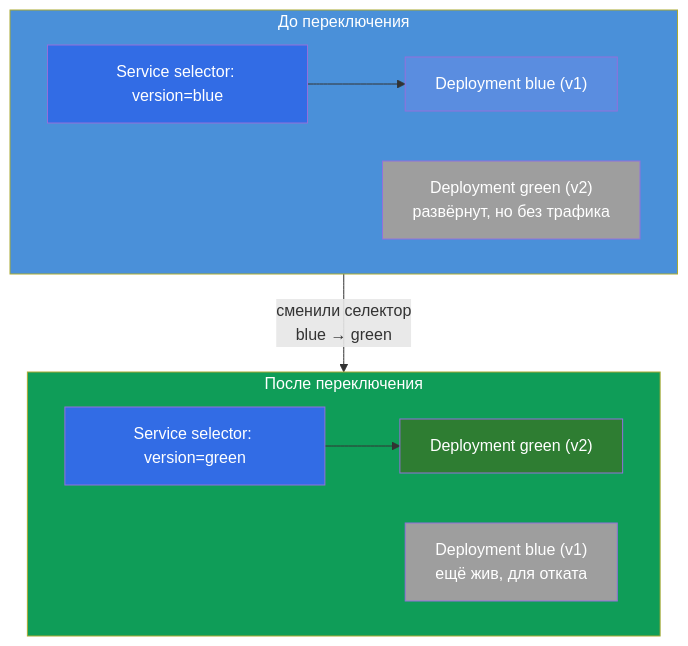
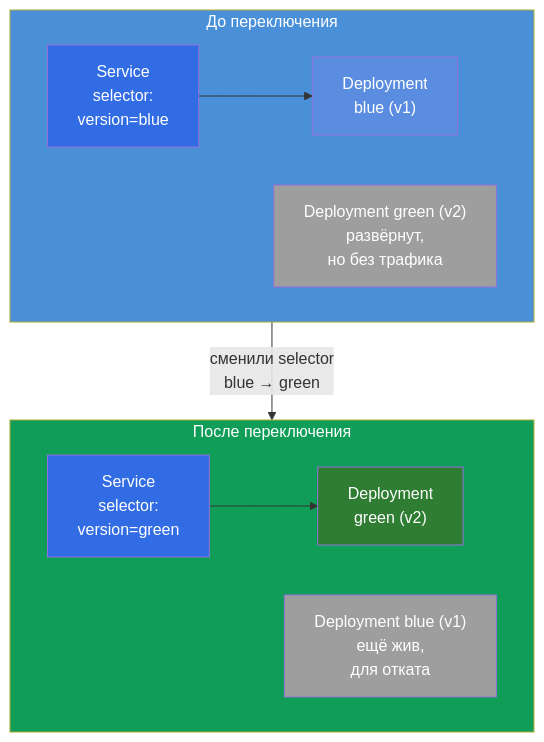
The fifth of 6 diagrams in tasks/cka/course/09/ru.md (ViktorUJ/cks), drawn with Mermaid before and after one commit. The commit also changed other lines of this file and 1 other file, not shown here.

````diff
--- a/tasks/cka/course/09/ru.md
+++ b/tasks/cka/course/09/ru.md
@@ -126,24 +126,24 @@
 ```mermaid
 flowchart TB
     subgraph Before["До переключения"]
-        svcB["Service selector: version=blue"]
-        blueB["Deployment blue (v1)"]
-        greenB["Deployment green (v2)<br>развёрнут, но без трафика"]
+        svcB["Service<br>selector:<br>version=blue"]
+        blueB["Deployment<br>blue (v1)"]
+        greenB["Deployment green (v2)<br>развёрнут,<br>но без трафика"]
         svcB --> blueB
     end
     subgraph After["После переключения"]
-        svcA["Service selector: version=green"]
-        blueA["Deployment blue (v1)<br>ещё жив, для отката"]
-        greenA["Deployment green (v2)"]
+        svcA["Service<br>selector:<br>version=green"]
+        blueA["Deployment blue (v1)<br>ещё жив,<br>для отката"]
+        greenA["Deployment<br>green (v2)"]
         svcA --> greenA
     end
-    Before -->|"сменили селектор<br>blue → green"| After
+    Before -->|"сменили selector<br>blue → green"| After
     style Before fill:#4a90d9,color:#fff
     style After fill:#0f9d58,color:#fff
     style svcB fill:#326ce5,color:#fff
     style svcA fill:#326ce5,color:#fff
     style blueB fill:#5a8de0,color:#fff
     style greenB fill:#9e9e9e,color:#fff
     style blueA fill:#9e9e9e,color:#fff
     style greenA fill:#2e7d32,color:#fff
 ```
````
